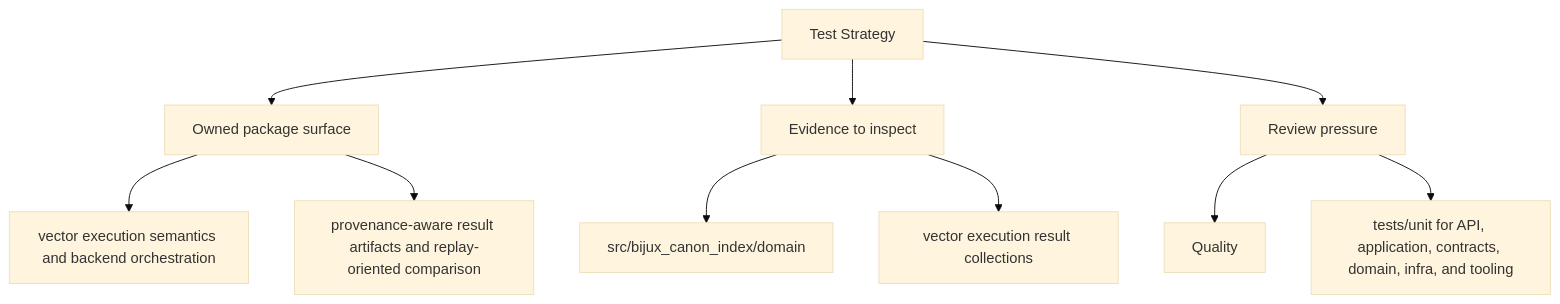
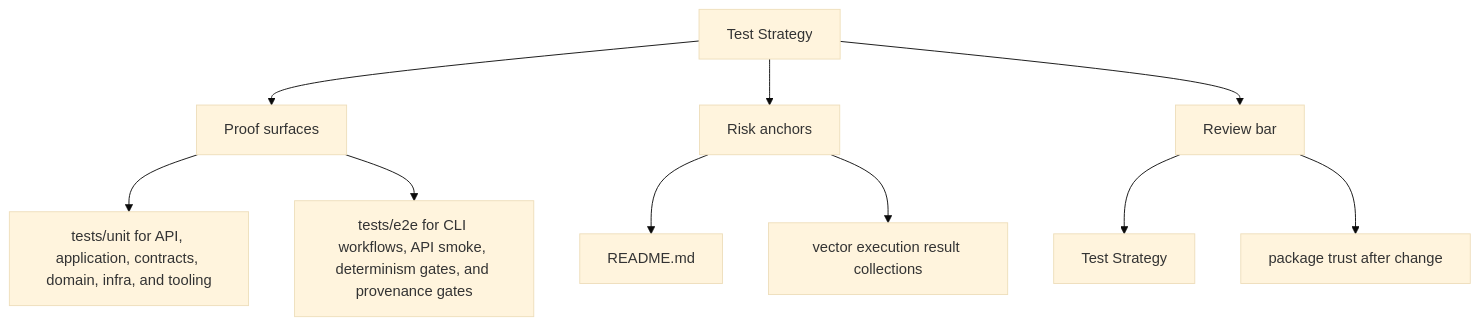
The second of 2 diagrams in docs/bijux-canon-index/quality/test-strategy.md (bijux/bijux-canon), drawn with Mermaid (base theme) before and after one commit. The commit also changed other lines of this file and 250 other files, not shown here.

Commit message:
docs(diagrams): make product page maps more readable

````diff
--- a/docs/bijux-canon-index/quality/test-strategy.md
+++ b/docs/bijux-canon-index/quality/test-strategy.md
@@ -34,22 +34,22 @@
 ```mermaid
 flowchart TD
     page["Test Strategy"]
-    focus1["Owned package surface"]
+    focus1["Proof surfaces"]
     page --> focus1
-    focus1_1["vector execution semantics and backend orchestration"]
+    focus1_1["tests/unit for API, application, contracts, domain, infra, and tooling"]
     focus1 --> focus1_1
-    focus1_2["provenance-aware result artifacts and replay-oriented comparison"]
+    focus1_2["tests/e2e for CLI workflows, API smoke, determinism gates, and provenance gates"]
     focus1 --> focus1_2
-    focus2["Evidence to inspect"]
+    focus2["Risk anchors"]
     page --> focus2
-    focus2_1["src/bijux_canon_index/domain"]
+    focus2_1["README.md"]
     focus2 --> focus2_1
     focus2_2["vector execution result collections"]
     focus2 --> focus2_2
-    focus3["Review pressure"]
+    focus3["Review bar"]
     page --> focus3
-    focus3_1["Quality"]
+    focus3_1["Test Strategy"]
     focus3 --> focus3_1
-    focus3_2["tests/unit for API, application, contracts, domain, infra, and tooling"]
+    focus3_2["package trust after change"]
     focus3 --> focus3_2
 ```
````
